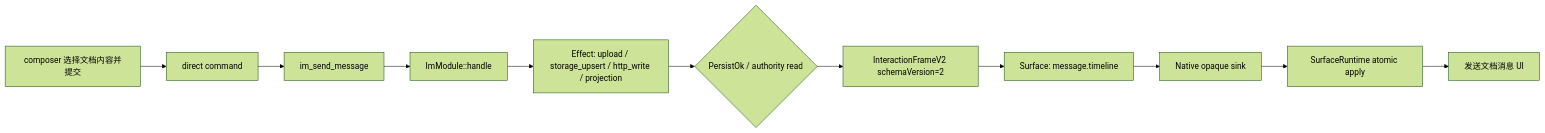
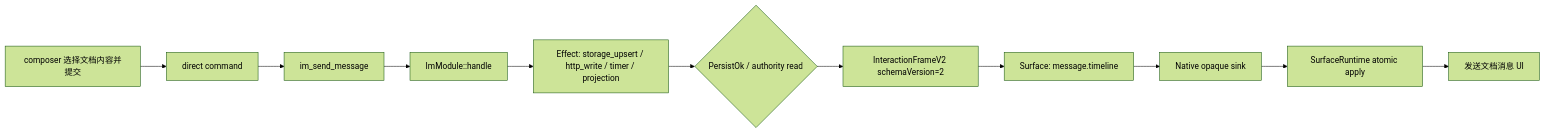
Before and after one commit to zxs1633079383/helix: the diagram in docs/interaction-frame-v2-全量替换-按UC/G02/02-当前执行流程.mmd, drawn with Mermaid (forest theme). The commit also changed 41 other files, not shown here.

```diff
--- a/docs/interaction-frame-v2-全量替换-按UC/G02/02-当前执行流程.mmd
+++ b/docs/interaction-frame-v2-全量替换-按UC/G02/02-当前执行流程.mmd
@@ -1,11 +1,11 @@
 flowchart LR
     A["composer 选择文档内容并提交"] --> B["direct command"]
     B --> C["im_send_message"]
     C --> D["ImModule::handle"]
-    D --> E["Effect: upload / storage_upsert / http_write / projection"]
+    D --> E["Effect: storage_upsert / http_write / timer / projection"]
     E --> F{"PersistOk / authority read"}
     F --> G["InteractionFrameV2 schemaVersion=2"]
     G --> H["Surface: message.timeline"]
     H --> I["Native opaque sink"]
     I --> J["SurfaceRuntime atomic apply"]
     J --> K["发送文档消息 UI"]
```
